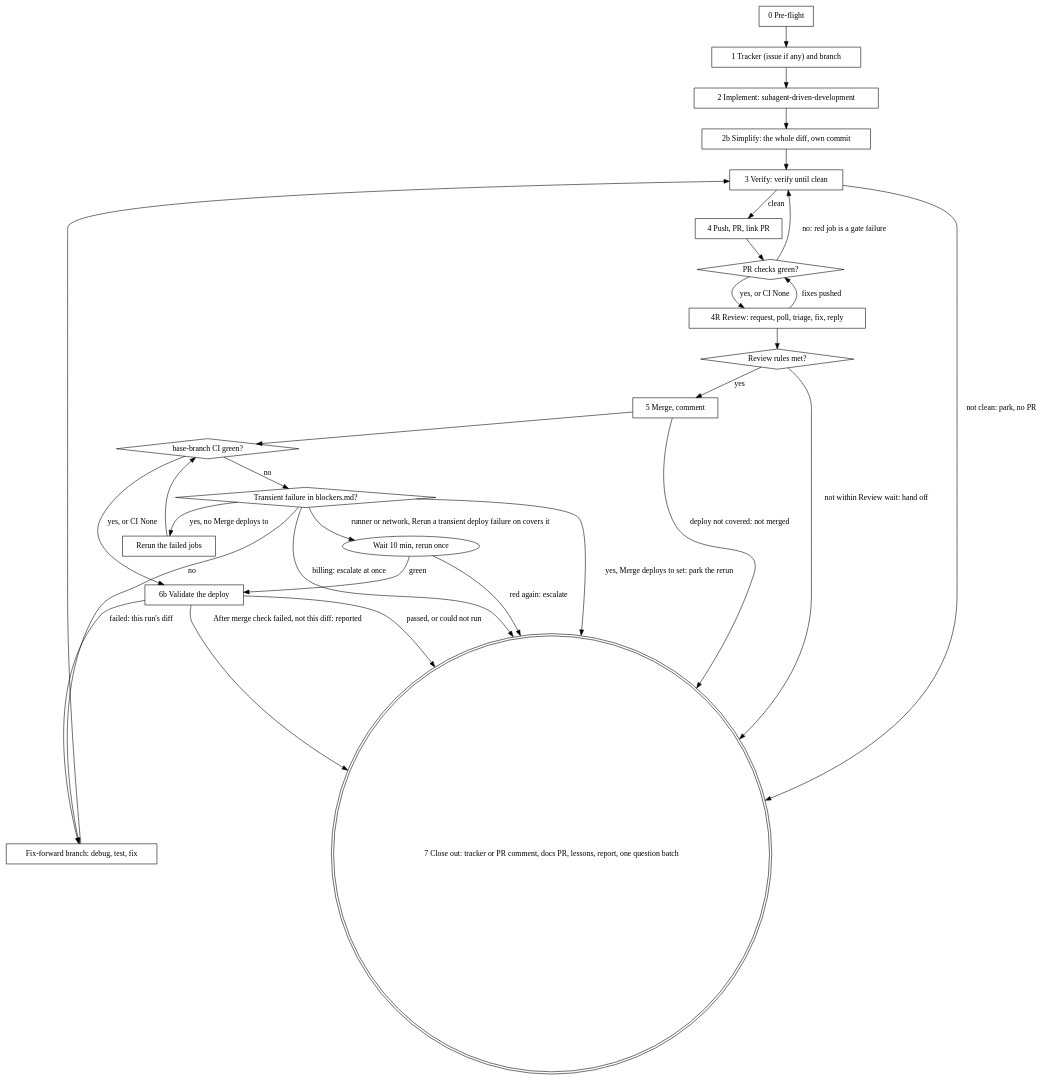
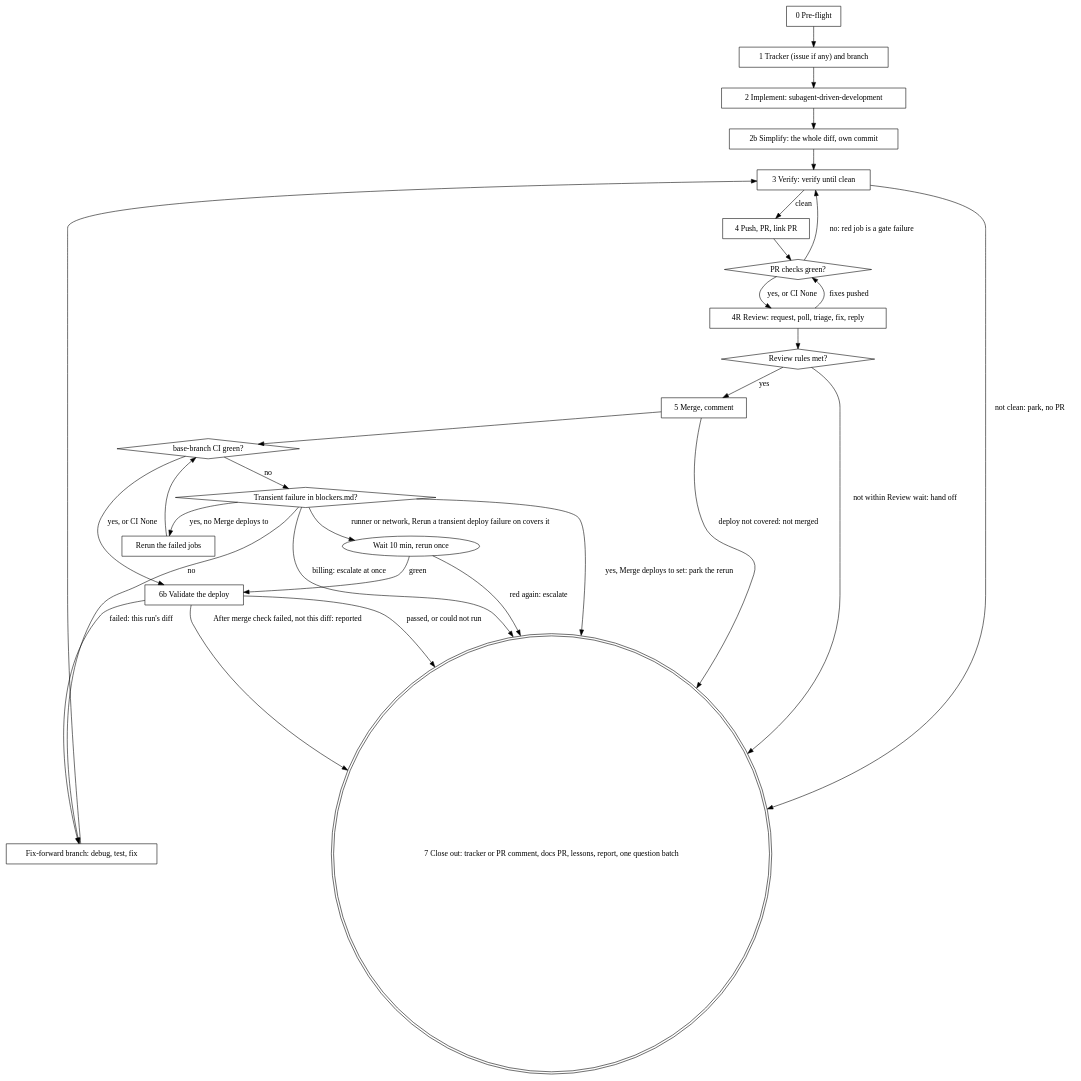
One commit to tarmopr/ai-skills changed the diagram in skills/ship-plan/SKILL.md. Above: the diagram before and after it, drawn with Graphviz. The commit also changed other lines of this file and 10 other files, not shown here.

````diff
--- a/skills/ship-plan/SKILL.md
+++ b/skills/ship-plan/SKILL.md
@@ -213,50 +206,48 @@
 ```dot
 digraph ship {
-  "0 Pre-flight" [shape=box];
-  "1 Tracker (issue if any) and branch" [shape=box];
-  "2 Implement: subagent-driven-development" [shape=box];
-  "2b Simplify: the whole diff, own commit" [shape=box];
-  "3 Verify: verify until clean" [shape=box];
-  "4 Push, PR, link PR" [shape=box];
-  "PR checks green?" [shape=diamond];
-  "4R Review: request, poll, triage, fix, reply" [shape=box];
-  "Review rules met?" [shape=diamond];
-  "5 Merge, comment" [shape=box];
-  "base-branch CI green?" [shape=diamond];
-  "Transient failure in blockers.md?" [shape=diamond];
-  "Rerun the failed jobs" [shape=box];
-  "Fix-forward branch: debug, test, fix" [shape=box];
-  "6b Validate the deploy" [shape=box];
-  "7 Close out: tracker or PR comment, docs PR, lessons, report, one question batch" [shape=doublecircle];
+  pre [label="0 Pre-flight" shape=box];
+  branch [label="1 Tracker (issue if any) and branch" shape=box];
+  impl [label="2 Implement: subagent-driven-development" shape=box];
+  simp [label="2b Simplify: the whole diff, own commit" shape=box];
+  verify [label="3 Verify: verify until clean" shape=box];
+  pr [label="4 Push, PR, link PR" shape=box];
+  checks [label="PR checks green?" shape=diamond];
+  review [label="4R Review: request, poll, triage, fix, reply" shape=box];
+  rules [label="Review rules met?" shape=diamond];
+  merge [label="5 Merge, comment" shape=box];
+  baseci [label="base-branch CI green?" shape=diamond];
+  transient [label="Transient failure in blockers.md?" shape=diamond];
+  rerun [label="Rerun the failed jobs" shape=box];
+  wait [label="Wait 10 min, rerun once"];
+  fix [label="Fix-forward branch: debug, test, fix" shape=box];
+  deploy [label="6b Validate the deploy" shape=box];
+  close [label="7 Close out: tracker or PR comment, docs PR, lessons, report, one question batch" shape=doublecircle];
 
-  "0 Pre-flight" -> "1 Tracker (issue if any) and branch";
-  "1 Tracker (issue if any) and branch" -> "2 Implement: subagent-driven-development";
-  "2 Implement: subagent-driven-development" -> "2b Simplify: the whole diff, own commit";
-  "2b Simplify: the whole diff, own commit" -> "3 Verify: verify until clean";
-  "3 Verify: verify until clean" -> "4 Push, PR, link PR" [label="clean"];
-  "3 Verify: verify until clean" -> "7 Close out: tracker or PR comment, docs PR, lessons, report, one question batch" [label="not clean: park, no PR"];
-  "4 Push, PR, link PR" -> "PR checks green?";
-  "PR checks green?" -> "3 Verify: verify until clean" [label="no: red job is a gate failure"];
-  "PR checks green?" -> "4R Review: request, poll, triage, fix, reply" [label="yes, or CI None"];
-  "4R Review: request, poll, triage, fix, reply" -> "PR checks green?" [label="fixes pushed"];
-  "4R Review: request, poll, triage, fix, reply" -> "Review rules met?";
-  "Review rules met?" -> "5 Merge, comment" [label="yes"];
-  "Review rules met?" -> "7 Close out: tracker or PR comment, docs PR, lessons, report, one question batch" [label="not within Review wait: hand off"];
-  "5 Merge, comment" -> "base-branch CI green?";
-  "5 Merge, comment" -> "7 Close out: tracker or PR comment, docs PR, lessons, report, one question batch" [label="deploy not covered: not merged"];
-  "base-branch CI green?" -> "6b Validate the deploy" [label="yes, or CI None"];
-  "6b Validate the deploy" -> "7 Close out: tracker or PR comment, docs PR, lessons, report, one question batch" [label="passed, or could not run"];
-  "6b Validate the deploy" -> "Fix-forward branch: debug, test, fix" [label="failed: this run's diff"];
-  "6b Validate the deploy" -> "7 Close out: tracker or PR comment, docs PR, lessons, report, one question batch" [label="After merge check failed, not this diff: reported"];
-  "base-branch CI green?" -> "Transient failure in blockers.md?" [label="no"];
-  "Transient failure in blockers.md?" -> "Rerun the failed jobs" [label="yes, no Merge deploys to"];
-  "Transient failure in blockers.md?" -> "7 Close out: tracker or PR comment, docs PR, lessons, report, one question batch" [label="yes, Merge deploys to set: park the rerun"];
-  "Transient failure in blockers.md?" -> "Wait 10 min, rerun once" [label="runner or network, Rerun a transient deploy failure on covers it"];
-  "Transient failure in blockers.md?" -> "7 Close out: tracker or PR comment, docs PR, lessons, report, one question batch" [label="billing: escalate at once"];
-  "Wait 10 min, rerun once" -> "6b Validate the deploy" [label="green"];
-  "Wait 10 min, rerun once" -> "7 Close out: tracker or PR comment, docs PR, lessons, report, one question batch" [label="red again: escalate"];
-  "Rerun the failed jobs" -> "base-branch CI green?";
-  "Transient failure in blockers.md?" -> "Fix-forward branch: debug, test, fix" [label="no"];
-  "Fix-forward branch: debug, test, fix" -> "3 Verify: verify until clean";
+  pre -> branch -> impl -> simp -> verify;
+  verify -> pr [label="clean"];
+  verify -> close [label="not clean: park, no PR"];
+  pr -> checks;
+  checks -> verify [label="no: red job is a gate failure"];
+  checks -> review [label="yes, or CI None"];
+  review -> checks [label="fixes pushed"];
+  review -> rules;
+  rules -> merge [label="yes"];
+  rules -> close [label="not within Review wait: hand off"];
+  merge -> baseci;
+  merge -> close [label="deploy not covered: not merged"];
+  baseci -> deploy [label="yes, or CI None"];
+  deploy -> close [label="passed, or could not run"];
+  deploy -> fix [label="failed: this run's diff"];
+  deploy -> close [label="After merge check failed, not this diff: reported"];
+  baseci -> transient [label="no"];
+  transient -> rerun [label="yes, no Merge deploys to"];
+  transient -> close [label="yes, Merge deploys to set: park the rerun"];
+  transient -> wait [label="runner or network, Rerun a transient deploy failure on covers it"];
+  transient -> close [label="billing: escalate at once"];
+  wait -> deploy [label="green"];
+  wait -> close [label="red again: escalate"];
+  rerun -> baseci;
+  transient -> fix [label="no"];
+  fix -> verify;
 }
 ```
````
